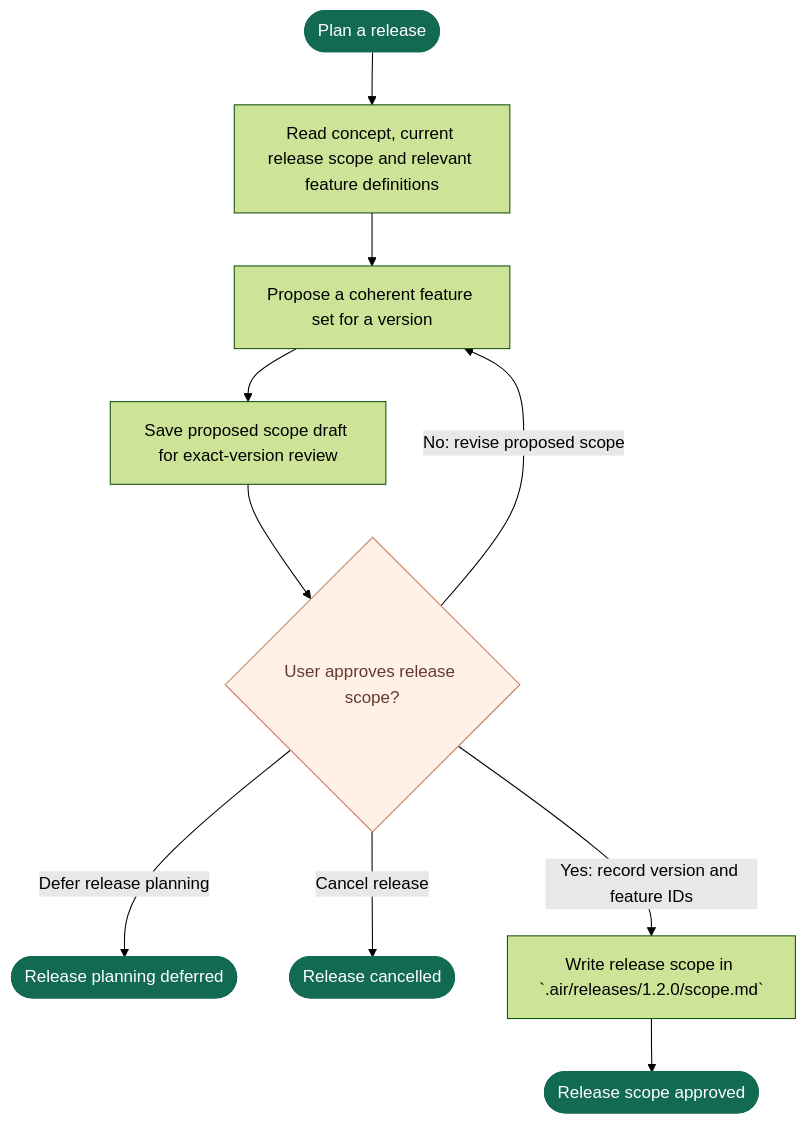
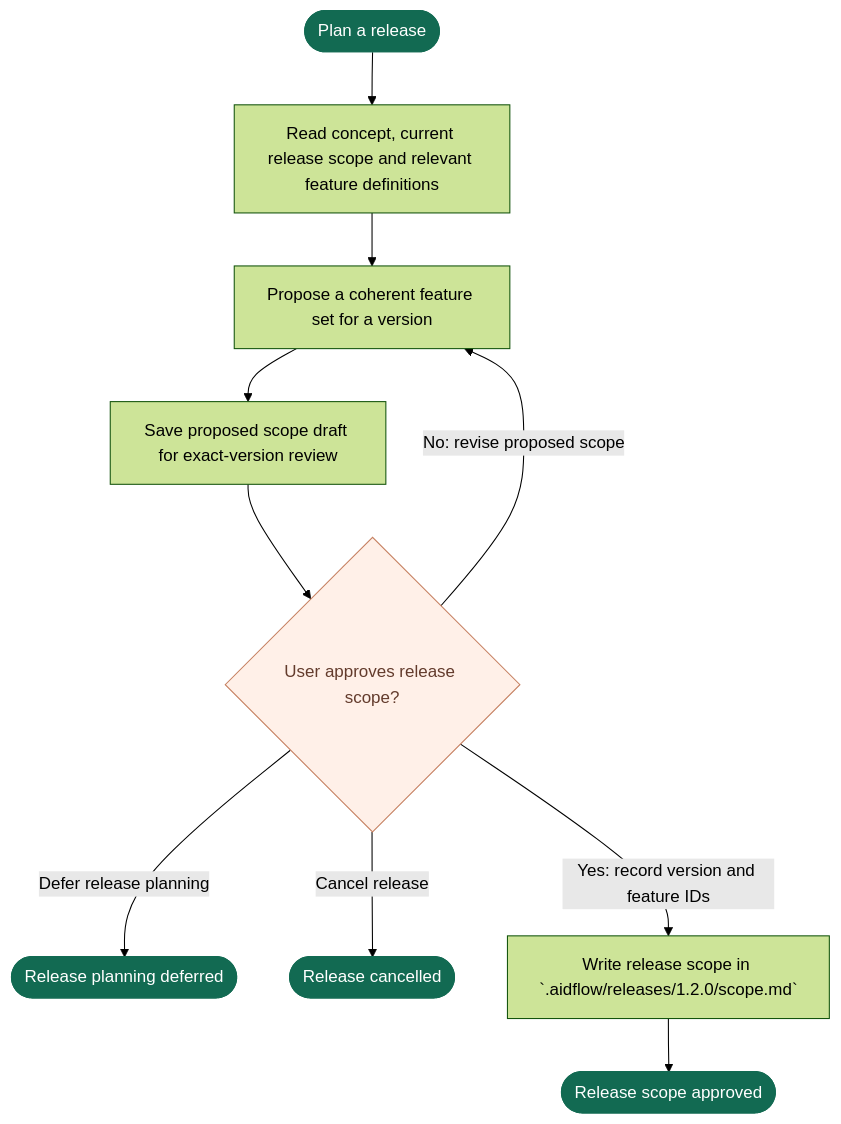
The diagram in flows/release-planning.mmd (vanlangenlabs/aidflow), drawn with Mermaid (forest theme) before and after one commit. The commit also changed 23 other files, not shown here.

Commit message:
Rename AIRFlow to AIDFlow and migrate workspace paths

```diff
--- a/flows/release-planning.mmd
+++ b/flows/release-planning.mmd
@@ -1,52 +1,52 @@
 flowchart TD
     start([Plan a release]) --> readBacklog[Read concept, current release scope and relevant feature definitions]
-%% @airflow-context readBacklog
+%% @aidflow-context readBacklog
 %% For a new release, read relevant approved backlog Definitions and the concept.
 %% For replanning, also load the current scope, all its feature Definitions/statuses,
 %% change findings and current evidence, including selected/implementing/verifying/
 %% verified features. Existing membership is not lost because a feature left backlog.
 %% Propose retained, added and removed IDs explicitly; unresolved or unapproved
 %% Definitions cannot enter the approved scope. Preserve unaffected evidence with
 %% impact rationale. Use goals, dependencies, priority and capacity, never tracker
 %% order/status as approval. Do not select a feature belonging to another release.
-%% @end-airflow-context
+%% @end-aidflow-context
     readBacklog --> propose[Propose a coherent feature set for a version]
     propose --> draft[Save proposed scope draft for exact-version review]
     draft --> scopeApproval{User approves release scope?}
     scopeApproval -- No: revise proposed scope --> propose
     scopeApproval -- Defer release planning --> planningDeferred([Release planning deferred])
     scopeApproval -- Cancel release --> releaseCancelled([Release cancelled])
-    scopeApproval -- Yes: record version and feature IDs --> scope[Write release scope in `.air/releases/1.2.0/scope.md`]
+    scopeApproval -- Yes: record version and feature IDs --> scope[Write release scope in `.aidflow/releases/1.2.0/scope.md`]
     scope --> scopeReady([Release scope approved])
-%% @airflow-context scopeApproval
+%% @aidflow-context scopeApproval
 %% The human approves the exact version, included feature IDs, exclusions and
 %% release goals. Bind the decision to the scope file digest. A changed set needs
 %% a new scope approval. Deferring new planning leaves backlog unchanged;
 %% deferring an existing release preserves its membership and valid evidence.
-%% Record approval evidence in `.air/index.md` using `reference/approvals.md` (relative to airflow.md).
+%% Record approval evidence in `.aidflow/index.md` using `reference/approvals.md` (relative to aidflow.md).
 
 %% Feature transitions owned by this phase:
 %% - `backlog` -> `selected`: Human approves inclusion in a release scope.
 %% - `selected` / `implementing` / `verifying` / `verified` -> `backlog`: Human removes feature from scope or cancels release; Definition remains approved. Preserve historical evidence.
 
 %% A feature belongs to at most one active release. Removing an unapproved feature
 %% keeps it clarifying, deferred or rejected, never backlog. Release deferral keeps
 %% membership and valid evidence; execution waits for explicit human reopening.
 
 %% Release transition `planning -> scope-pending-approval`: Self-reviewed scope lists exact feature IDs and version; record_status becomes pending-approval. Owner: AI prepares and requests approval.
 
 %% Release transition `scope-pending-approval -> scope-approved`: Scope digest is explicitly approved; append approval event. Owner: Human.
 
 %% Release transition `deferred -> planning`: User explicitly reopens planning; revalidate the backlog and release goals. Owner: Human.
-%% @end-airflow-context
+%% @end-aidflow-context
 
     classDef boundary fill:#126a52,color:#ffffff,stroke:#126a52
     class start,scopeReady,planningDeferred,releaseCancelled boundary
     classDef approval fill:#fff0e8,color:#633b2c,stroke:#c68162
     class scopeApproval approval
 
-%% @airflow-context propose
-%% Record path: `.air/releases/<version>/scope.md`.
+%% @aidflow-context propose
+%% Record path: `.aidflow/releases/<version>/scope.md`.
 %% Record outline: Release goal; Included feature IDs; Excluded or deferred feature IDs; Dependencies and ordering; Release-level acceptance criteria.
 %% Mutable statuses belong in the index. Example IDs and versions are placeholders.
-%% @end-airflow-context
+%% @end-aidflow-context
```
